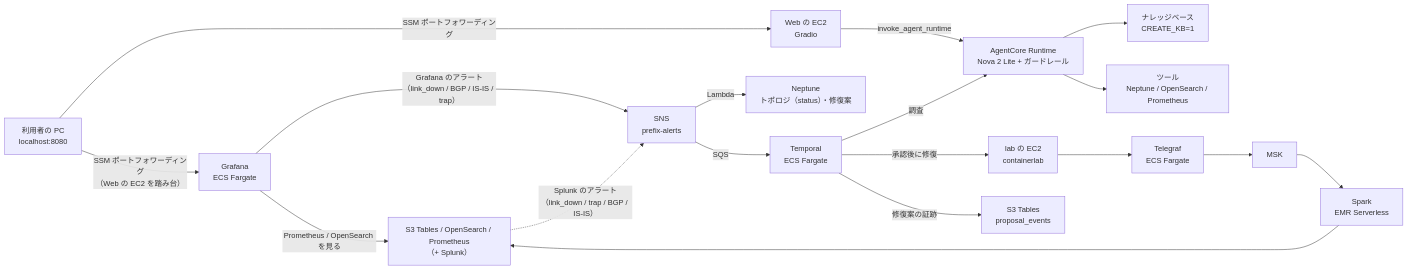
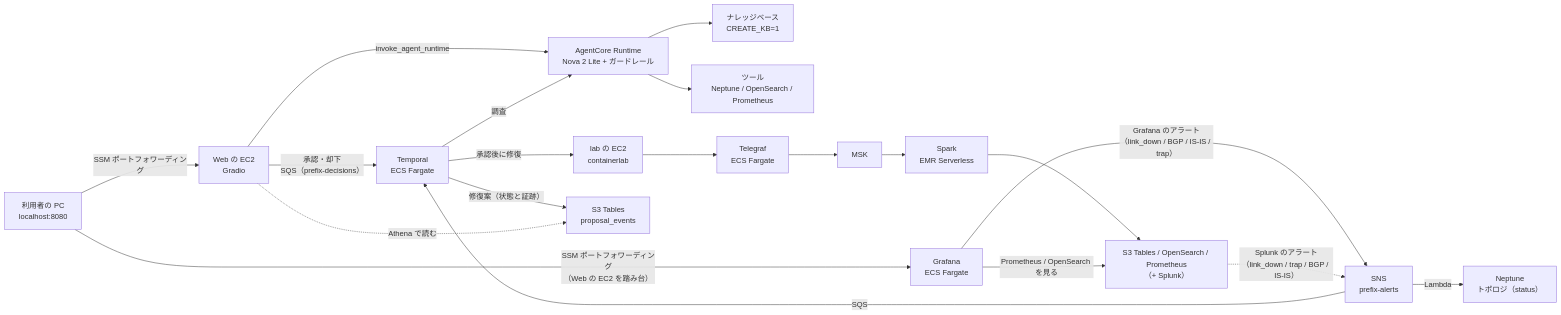
Before and after one commit to eddie-eights/nwc-poc: the diagram in README.md, drawn with Mermaid. The commit also changed other lines of this file and 24 other files, not shown here.

````diff
--- a/README.md
+++ b/README.md
@@ -8,17 +8,19 @@
 ```mermaid
 flowchart LR
   PC["利用者の PC<br/>localhost:8080"] -->|"SSM ポートフォワーディング"| WEB["Web の EC2<br/>Gradio"]
   WEB -->|"invoke_agent_runtime"| RT["AgentCore Runtime<br/>Nova 2 Lite + ガードレール"]
   RT --> KB["ナレッジベース<br/>CREATE_KB=1"]
   RT --> TOOLS["ツール<br/>Neptune / OpenSearch / Prometheus"]
   LAB["lab の EC2<br/>containerlab"] --> TG["Telegraf<br/>ECS Fargate"] --> MSK["MSK"] --> SPARK["Spark<br/>EMR Serverless"]
   SPARK --> STORE["S3 Tables / OpenSearch / Prometheus<br/>（+ Splunk）"]
   PC -->|"SSM ポートフォワーディング<br/>（Web の EC2 を踏み台）"| GRAF["Grafana<br/>ECS Fargate"] -->|"Prometheus / OpenSearch を見る"| STORE
   GRAF -->|"Grafana のアラート<br/>（link_down / BGP / IS-IS / trap）"| SNS["SNS<br/>prefix-alerts"]
   STORE -.->|"Splunk のアラート<br/>（link_down / trap / BGP / IS-IS）"| SNS
-  SNS -->|"Lambda"| NEP["Neptune<br/>トポロジ（status）・修復案"]
+  SNS -->|"Lambda"| NEP["Neptune<br/>トポロジ（status）"]
   SNS -->|"SQS"| WF["Temporal<br/>ECS Fargate"]
-  WF -->|"修復案の証跡"| PAUDIT["S3 Tables<br/>proposal_events"]
+  WF -->|"修復案（状態と証跡）"| PAUDIT["S3 Tables<br/>proposal_events"]
+  WEB -->|"承認・却下<br/>SQS（prefix-decisions）"| WF
+  WEB -.->|"Athena で読む"| PAUDIT
   WF -->|"調査"| RT
   WF -->|"承認後に修復"| LAB
 ```
````
